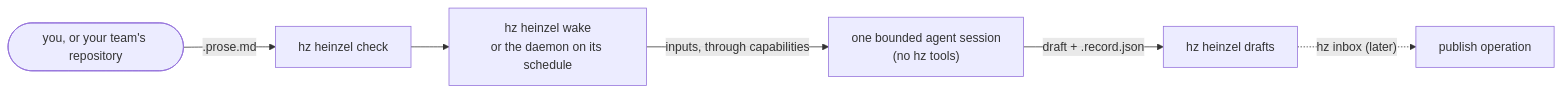
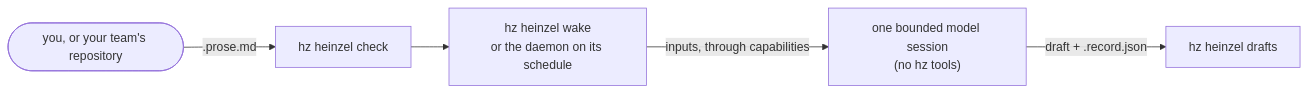
The diagram in docs/HEINZELMAENNCHEN.md (helmut-hoffer-von-ankershoffen/heinzel), drawn with Mermaid before and after one commit. The commit also changed other lines of this file and 1 other file, not shown here.

Commit message:
docs(heinzel): say what 0.9.9 does and does not do

````diff
--- a/docs/HEINZELMAENNCHEN.md
+++ b/docs/HEINZELMAENNCHEN.md
@@ -132,8 +227,7 @@
 ```mermaid
 flowchart LR
     You(["you, or your team's repository"]) -- "<name>.prose.md" --> Check["hz heinzel check"]
     Check --> Run["hz heinzel wake<br/>or the daemon on its schedule"]
-    Run -- "inputs, through capabilities" --> Agent["one bounded agent session<br/>(no hz tools)"]
-    Agent -- "draft + .record.json" --> Drafts["hz heinzel drafts"]
-    Drafts -. "hz inbox (later)" .-> Publish["publish operation"]
+    Run -- "inputs, through capabilities" --> Session["one bounded model session<br/>(no hz tools)"]
+    Session -- "draft + .record.json" --> Drafts["hz heinzel drafts"]
 ```
````
